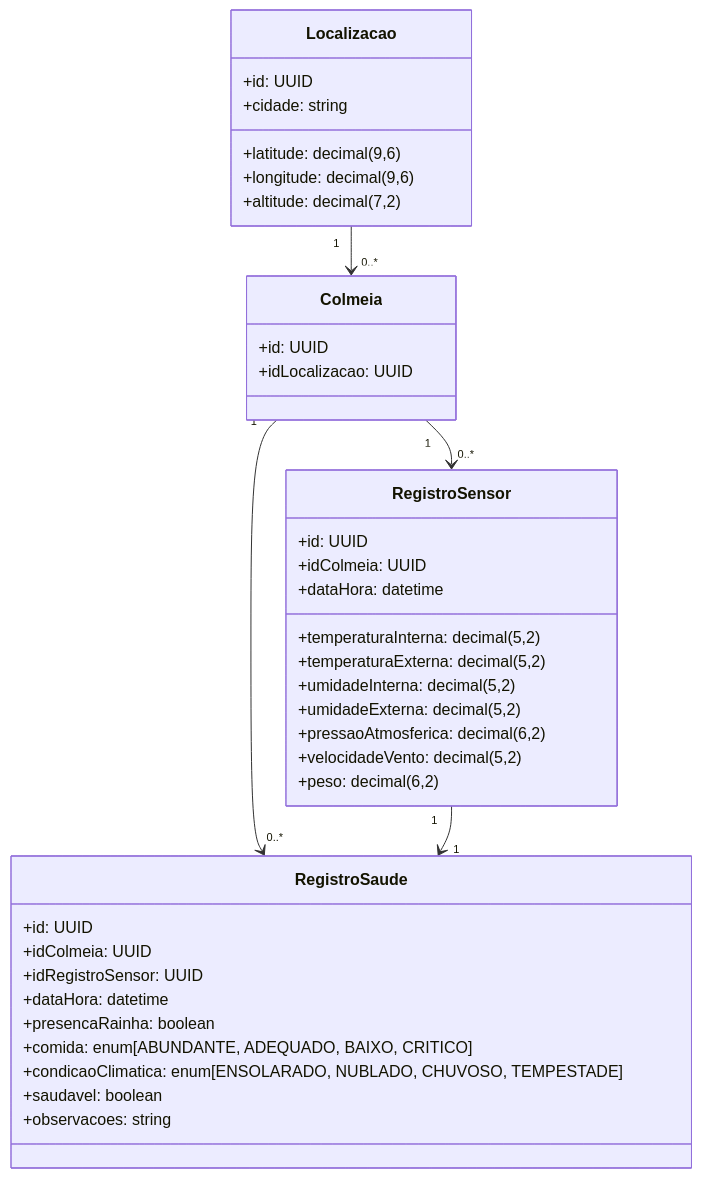
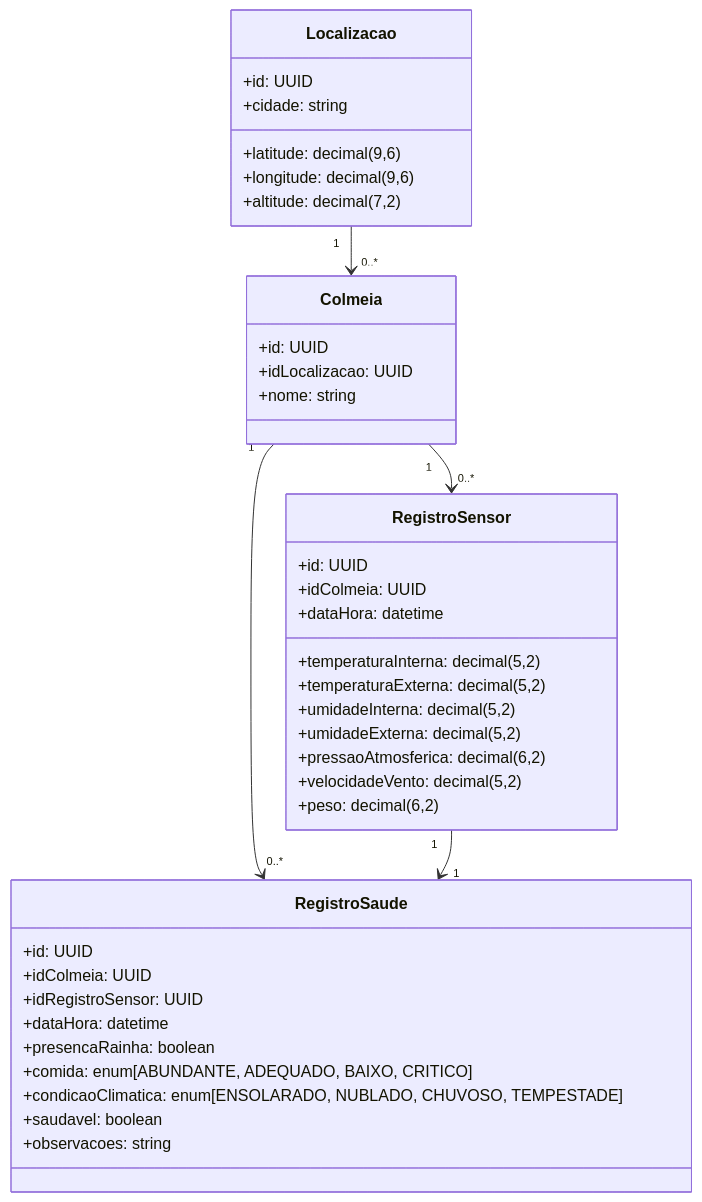
Before and after one commit to NataliaNogueira1/IniciacaoCientifica: the diagram in registro-colmeia/documentacao/Diagrama.md, drawn with Mermaid.

Commit message:
Update Diagrama.md with new class attributes

````diff
--- a/registro-colmeia/documentacao/Diagrama.md
+++ b/registro-colmeia/documentacao/Diagrama.md
@@ -2,48 +2,49 @@
     ```mermaid
         classDiagram
         
         class Localizacao {
             +id: UUID
             +cidade: string
             +latitude: decimal(9,6)
             +longitude: decimal(9,6)
             +altitude: decimal(7,2)
         }
         
         class Colmeia {
             +id: UUID
             +idLocalizacao: UUID
+            +nome: string
         }
         
         class RegistroSensor {
             +id: UUID
             +idColmeia: UUID
             +dataHora: datetime
             +temperaturaInterna: decimal(5,2)
             +temperaturaExterna: decimal(5,2)
             +umidadeInterna: decimal(5,2)
             +umidadeExterna: decimal(5,2)
             +pressaoAtmosferica: decimal(6,2)
             +velocidadeVento: decimal(5,2)
             +peso: decimal(6,2)
         }
         
         class RegistroSaude {
             +id: UUID
             +idColmeia: UUID
             +idRegistroSensor: UUID
             +dataHora: datetime
             +presencaRainha: boolean
             +comida: enum[ABUNDANTE, ADEQUADO, BAIXO, CRITICO]
             +condicaoClimatica: enum[ENSOLARADO, NUBLADO, CHUVOSO, TEMPESTADE]
             +saudavel: boolean
             +observacoes: string
         }
         
 
             Localizacao "1" --> "0..*" Colmeia
             Colmeia "1" --> "0..*" RegistroSensor
             Colmeia "1" --> "0..*" RegistroSaude
             RegistroSensor "1" --> "1" RegistroSaude
 
     ```
````
